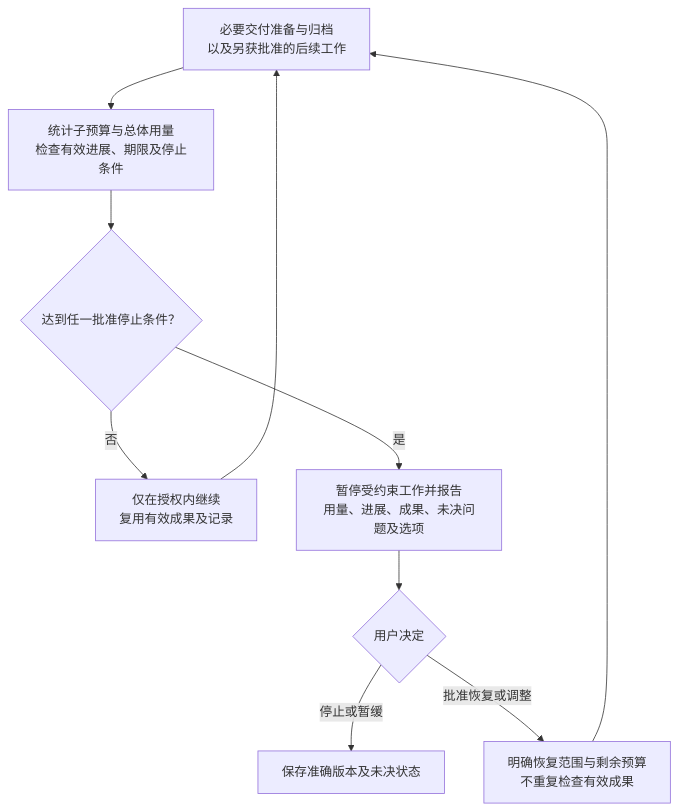
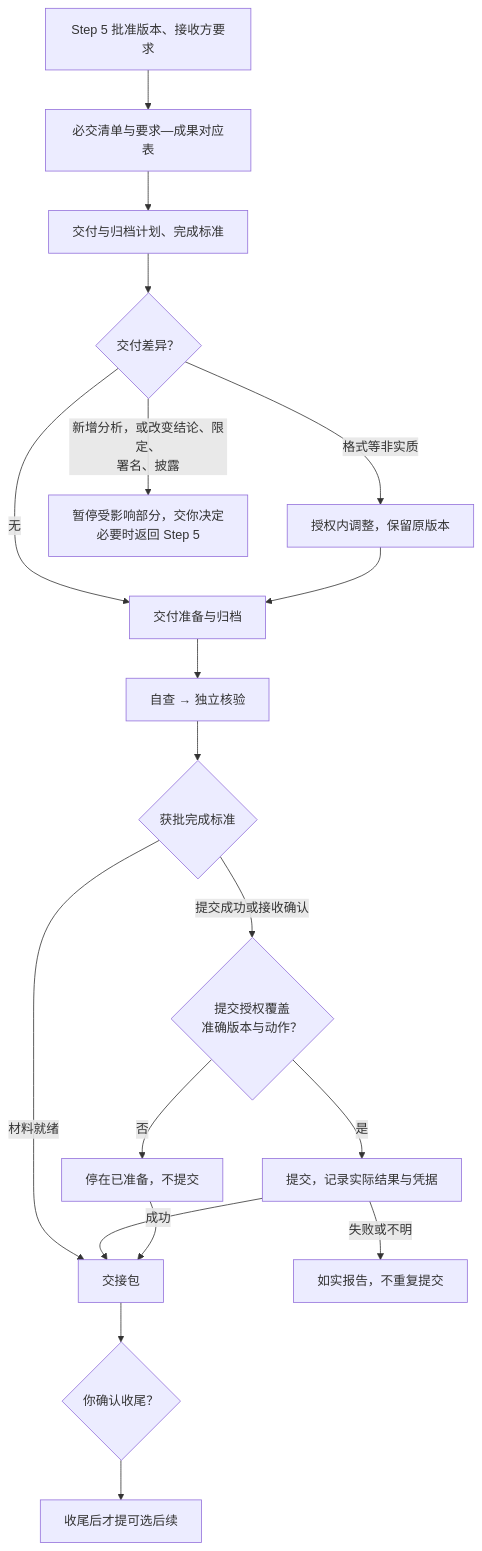
The diagram in docs/step-6.md (reinafeng2006/research-workflow), drawn with Mermaid before and after one commit. The commit also changed other lines of this file and 10 other files, not shown here.

````diff
--- a/docs/step-6.md
+++ b/docs/step-6.md
@@ -154,20 +15,21 @@
 ```mermaid
 flowchart TD
-    WORK["必要交付准备与归档<br/>以及另获批准的后续工作"]
-    TRACK["统计子预算与总体用量<br/>检查有效进展、期限及停止条件"]
-    CHECK{"达到任一批准停止条件？"}
-    CONT["仅在授权内继续<br/>复用有效成果及记录"]
-    PAUSE["暂停受约束工作并报告<br/>用量、进展、成果、未决问题及选项"]
-    HUMAN{"用户决定"}
-    SAVE["保存准确版本及未决状态"]
-    RESUME["明确恢复范围与剩余预算<br/>不重复检查有效成果"]
-    WORK --> TRACK
-    TRACK --> CHECK
-    CHECK -->|否| CONT
-    CONT --> WORK
-    CHECK -->|是| PAUSE
-    PAUSE --> HUMAN
-    HUMAN -->|停止或暂缓| SAVE
-    HUMAN -->|批准恢复或调整| RESUME
-    RESUME --> WORK
+    IN["Step 5 批准版本、接收方要求"] --> REQ["必交清单与要求—成果对应表"]
+    REQ --> PLAN["交付与归档计划、完成标准"]
+    PLAN --> GAP{"交付差异？"}
+    GAP -->|格式等非实质| FIX["授权内调整，保留原版本"]
+    GAP -->|新增分析，或改变结论、限定、<br/>署名、披露| ASK["暂停受影响部分，交你决定<br/>必要时返回 Step 5"]
+    GAP -->|无| PREP
+    FIX --> PREP["交付准备与归档"]
+    PREP --> VER["自查 → 独立核验"]
+    VER --> CR{"获批完成标准"}
+    CR -->|材料就绪| PKG["交接包"]
+    CR -->|提交成功或接收确认| SA{"提交授权覆盖<br/>准确版本与动作？"}
+    SA -->|否| WAIT["停在已准备，不提交"]
+    SA -->|是| SUB["提交，记录实际结果与凭据"]
+    SUB -->|失败或不明| REP["如实报告，不重复提交"]
+    SUB -->|成功| PKG
+    WAIT --> PKG
+    PKG --> CLOSE{"你确认收尾？"}
+    CLOSE --> OPT["收尾后才提可选后续"]
 ```
````
